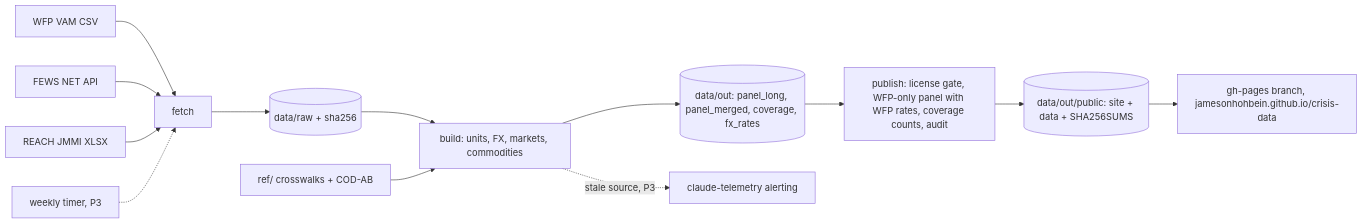
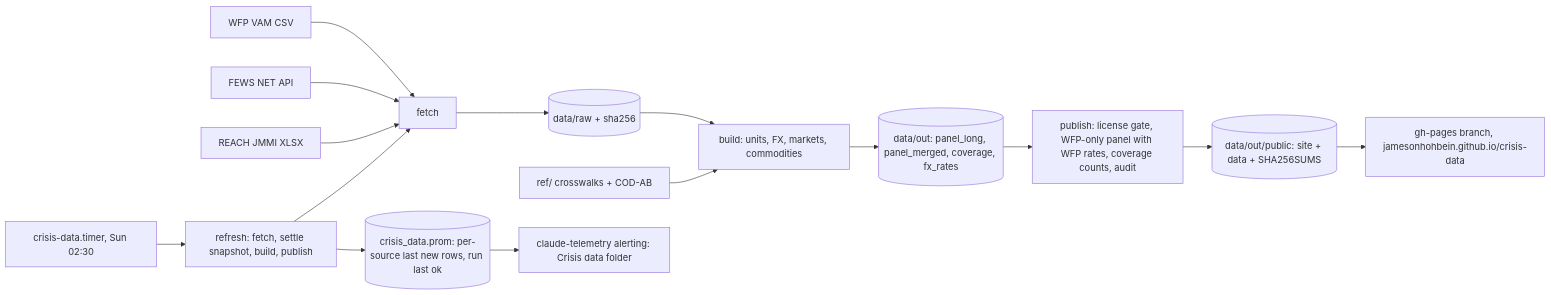
The diagram in ARCHITECTURE.md (jamesonhohbein/crisis-data), drawn with Mermaid before and after one commit. The commit also changed other lines of this file and 9 other files, not shown here.

First line of the commit message:
Add the weekly refresh timer and its freshness signal (P3)

````diff
--- a/ARCHITECTURE.md
+++ b/ARCHITECTURE.md
@@ -8,15 +8,17 @@
 ```mermaid
 flowchart LR
   WFP[WFP VAM CSV] --> F[fetch]
   FEWS[FEWS NET API] --> F
   JMMI[REACH JMMI XLSX] --> F
   F --> RAW[(data/raw + sha256)]
   RAW --> B[build: units, FX, markets, commodities]
   REF[ref/ crosswalks + COD-AB] --> B
   B --> P[(data/out: panel_long, panel_merged, coverage, fx_rates)]
   P --> PUB[publish: license gate, WFP-only panel with WFP rates, coverage counts, audit]
   PUB --> BUN[(data/out/public: site + data + SHA256SUMS)]
   BUN --> GH[gh-pages branch, jamesonhohbein.github.io/crisis-data]
-  T[weekly timer, P3] -.-> F
-  B -.->|stale source, P3| AL[claude-telemetry alerting]
+  T[crisis-data.timer, Sun 02:30] --> R[refresh: fetch, settle snapshot, build, publish]
+  R --> F
+  R --> M[(crisis_data.prom: per-source last new rows, run last ok)]
+  M --> AL[claude-telemetry alerting: Crisis data folder]
 ```
````
